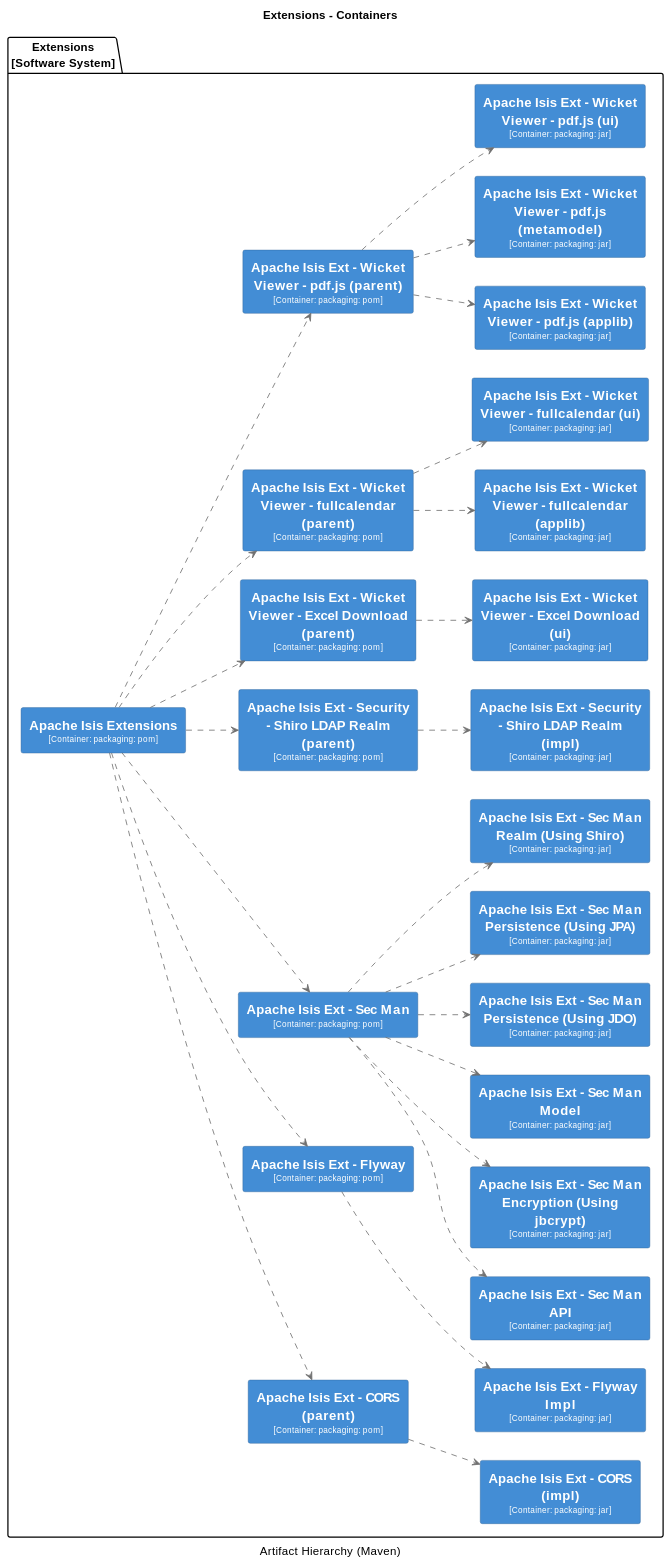
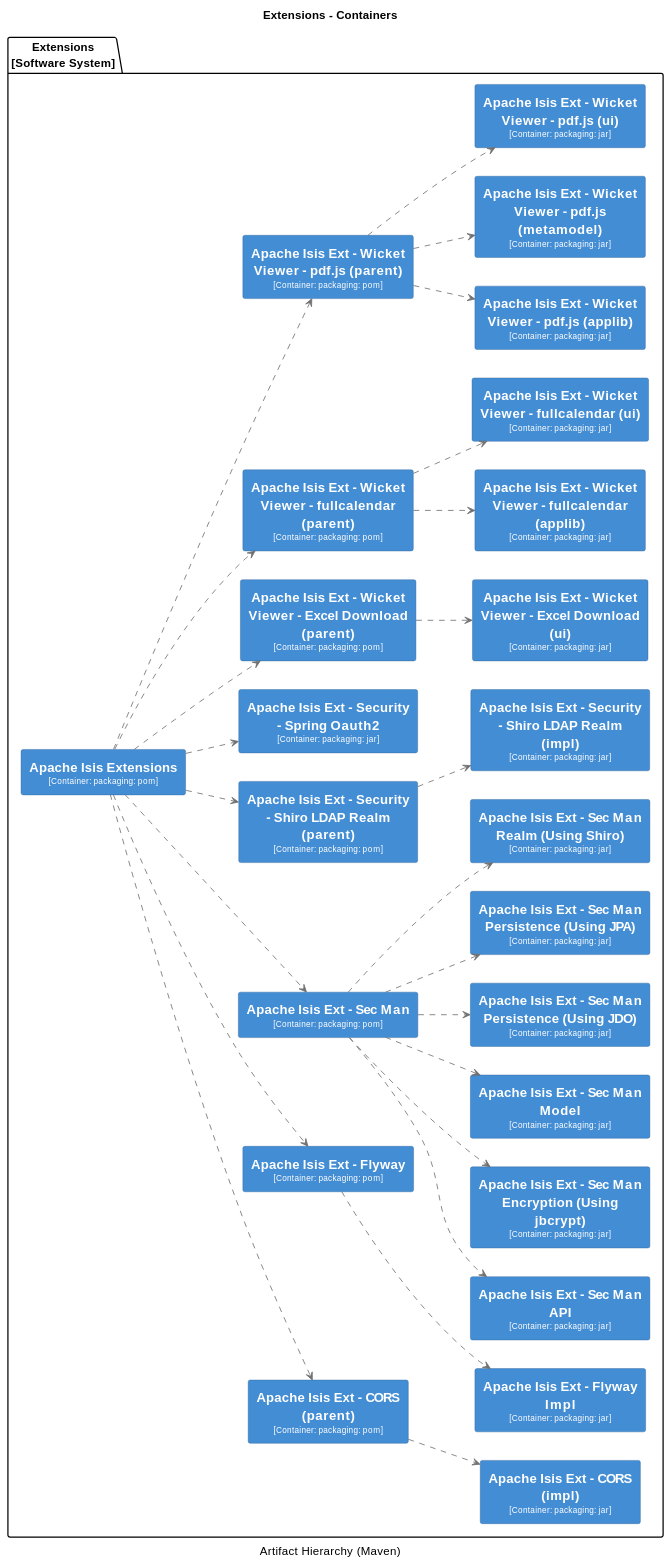
Diagram 24 of 38 in core/adoc/modules/_overview/pages/about.adoc (apache/causeway), drawn with PlantUML before and after one commit. The commit also changed other lines of this file and 20 other files, not shown here.

```diff
--- a/core/adoc/modules/_overview/pages/about.adoc
+++ b/core/adoc/modules/_overview/pages/about.adoc
@@ -3783,12 +3796,27 @@
   FontColor #fffffe
   BorderColor #2E6295
 }
-skinparam rectangle<<11>> {
+skinparam rectangle<<23>> {
   BackgroundColor #438dd5
   FontColor #fffffe
   BorderColor #2E6295
 }
-skinparam rectangle<<23>> {
+skinparam rectangle<<24>> {
+  BackgroundColor #438dd5
+  FontColor #fffffe
+  BorderColor #2E6295
+}
+skinparam rectangle<<25>> {
+  BackgroundColor #438dd5
+  FontColor #fffffe
+  BorderColor #2E6295
+}
+skinparam rectangle<<10>> {
+  BackgroundColor #438dd5
+  FontColor #fffffe
+  BorderColor #2E6295
+}
+skinparam rectangle<<11>> {
   BackgroundColor #438dd5
   FontColor #fffffe
   BorderColor #2E6295
@@ -3799,11 +3827,6 @@
   BorderColor #2E6295
 }
 skinparam rectangle<<13>> {
-  BackgroundColor #438dd5
-  FontColor #fffffe
-  BorderColor #2E6295
-}
-skinparam rectangle<<24>> {
   BackgroundColor #438dd5
   FontColor #fffffe
   BorderColor #2E6295
@@ -3883,11 +3906,6 @@
   FontColor #fffffe
   BorderColor #2E6295
 }
-skinparam rectangle<<10>> {
-  BackgroundColor #438dd5
-  FontColor #fffffe
-  BorderColor #2E6295
-}
 skinparam rectangle<<21>> {
   BackgroundColor #438dd5
   FontColor #fffffe
@@ -3907,6 +3925,7 @@
   rectangle "==Apache Isis Ext - Sec Man Realm (Using Shiro)\n<size:10>[Container: packaging: jar]</size>" <<22>> as 22
   rectangle "==Apache Isis Ext - Security - Shiro LDAP Realm (impl)\n<size:10>[Container: packaging: jar]</size>" <<24>> as 24
   rectangle "==Apache Isis Ext - Security - Shiro LDAP Realm (parent)\n<size:10>[Container: packaging: pom]</size>" <<23>> as 23
+  rectangle "==Apache Isis Ext - Security - Spring Oauth2\n<size:10>[Container: packaging: jar]</size>" <<25>> as 25
   rectangle "==Apache Isis Ext - Wicket Viewer - Excel Download (parent)\n<size:10>[Container: packaging: pom]</size>" <<5>> as 5
   rectangle "==Apache Isis Ext - Wicket Viewer - Excel Download (ui)\n<size:10>[Container: packaging: jar]</size>" <<6>> as 6
   rectangle "==Apache Isis Ext - Wicket Viewer - fullcalendar (applib)\n<size:10>[Container: packaging: jar]</size>" <<10>> as 10
@@ -3937,6 +3956,7 @@
 2 .[#707070].> 7 : ""
 2 .[#707070].> 16 : ""
 2 .[#707070].> 23 : ""
+2 .[#707070].> 25 : ""
 2 .[#707070].> 5 : ""
 2 .[#707070].> 9 : ""
 2 .[#707070].> 12 : ""
```
